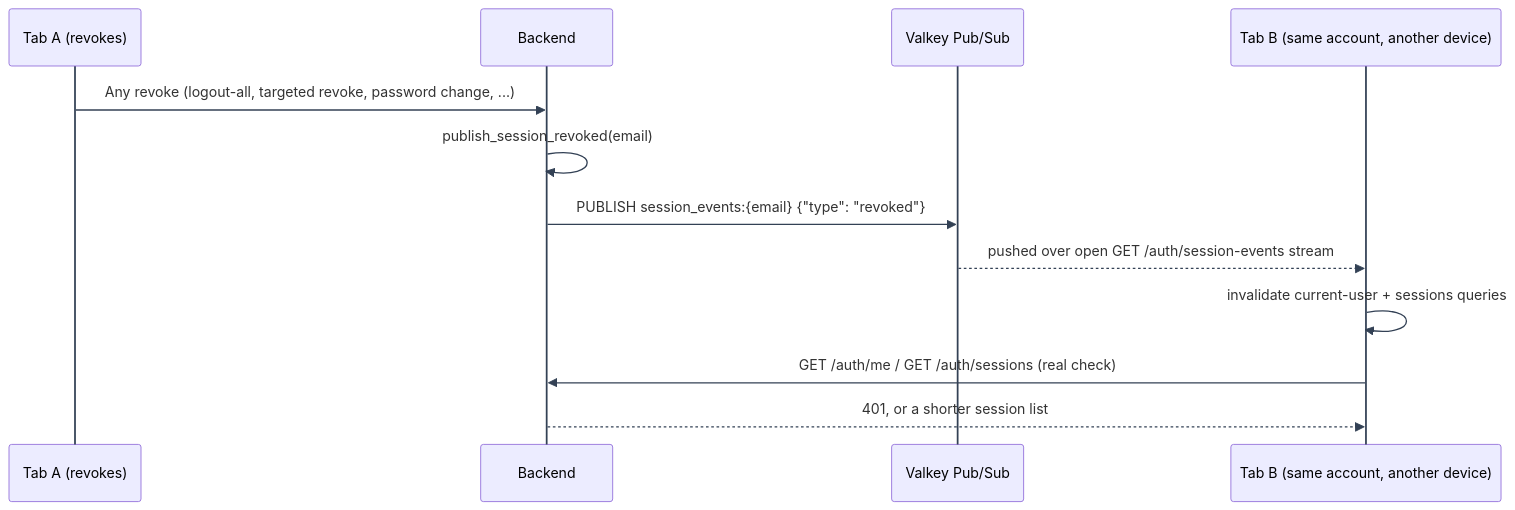
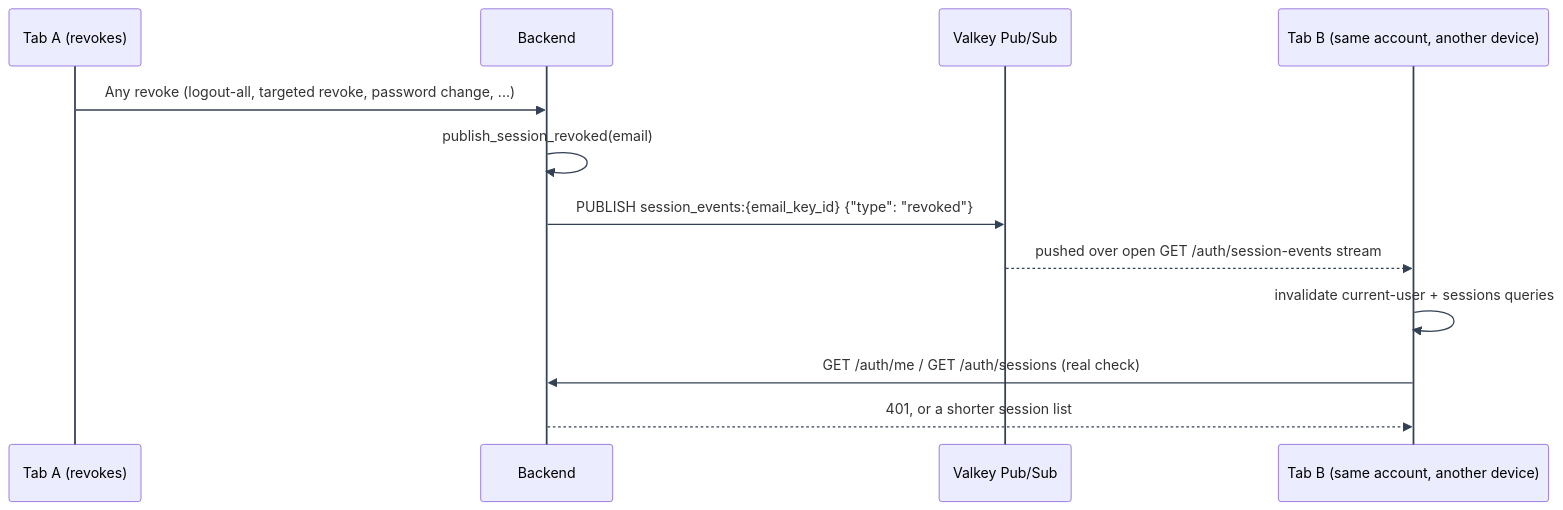
The diagram in docs/mystic_auth/authentication/session-management/real-time-push.md (Nachiket-2024/mystic-auth), drawn with Mermaid before and after one commit. The commit also changed other lines of this file and 820 other files, not shown here.

````diff
--- a/docs/mystic_auth/authentication/session-management/real-time-push.md
+++ b/docs/mystic_auth/authentication/session-management/real-time-push.md
@@ -13,15 +13,15 @@
 ```mermaid
 %%{init: {"themeVariables": {"lineColor": "#334155", "signalColor": "#334155", "actorLineColor": "#334155", "activationBorderColor": "#334155", "labelBoxBorderColor": "#334155", "labelBoxBkgColor": "#e2e8f0", "noteBorderColor": "#334155"}, "themeCSS": ".messageLine0, .messageLine1 { stroke-width: 2px !important; }"} }%%
 sequenceDiagram
     participant TabA as Tab A (revokes)
     participant API as Backend
     participant R as Valkey Pub/Sub
     participant TabB as Tab B (same account, another device)
     TabA->>API: Any revoke (logout-all, targeted revoke, password change, ...)
     API->>API: publish_session_revoked(email)
-    API->>R: PUBLISH session_events:{email} {"type": "revoked"}
+    API->>R: PUBLISH session_events:{email_key_id} {"type": "revoked"}
     R-->>TabB: pushed over open GET /auth/session-events stream
     TabB->>TabB: invalidate current-user + sessions queries
     TabB->>API: GET /auth/me / GET /auth/sessions (real check)
     API-->>TabB: 401, or a shorter session list
 ```
````
